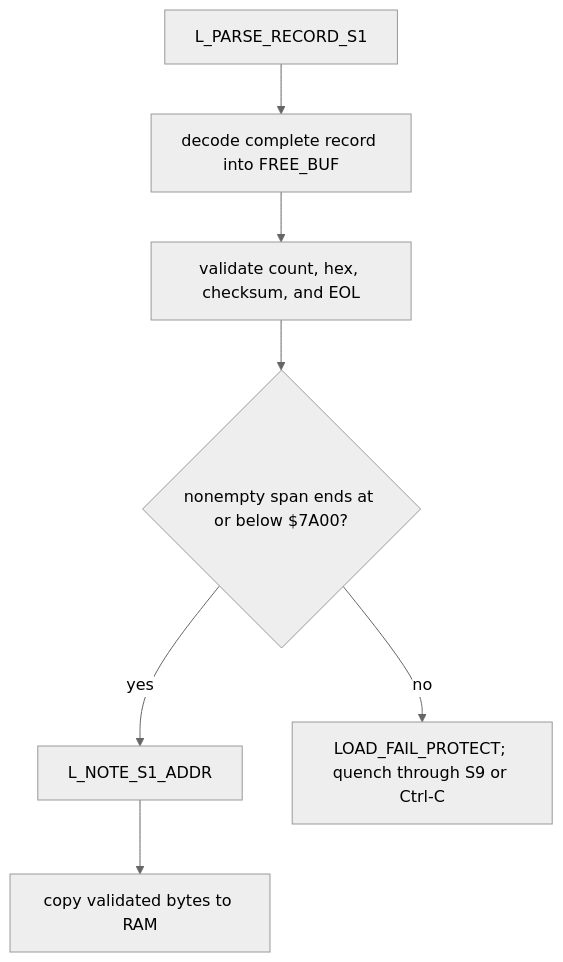
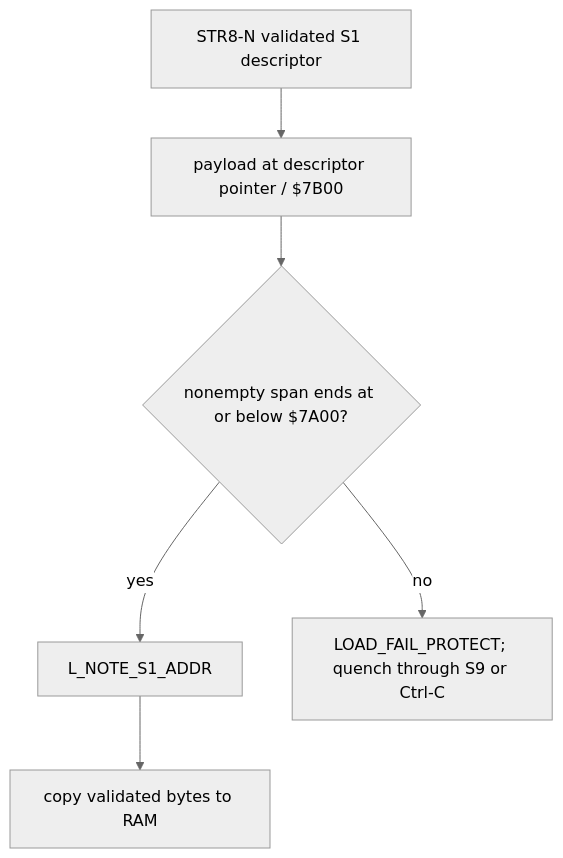
Before and after one commit to 95westus/R-YORS: diagram 12 of 19 in DOC/GUIDES/HIMON/HIMON_MAP.md, drawn with Mermaid (neutral theme). The commit also changed other lines of this file and 94 other files, not shown here.

Commit message:
Adopt STR8-N record parser in HIMON

````diff
--- a/DOC/GUIDES/HIMON/HIMON_MAP.md
+++ b/DOC/GUIDES/HIMON/HIMON_MAP.md
@@ -235,9 +240,8 @@
 ```mermaid
 flowchart TD
-    S1[L_PARSE_RECORD_S1] --> DECODE[decode complete record into FREE_BUF]
-    DECODE --> CHECK[validate count, hex, checksum, and EOL]
-    CHECK --> SPAN{nonempty span ends at or below $7A00?}
+    S1[STR8-N validated S1 descriptor] --> DECODE[payload at descriptor pointer / $7B00]
+    DECODE --> SPAN{nonempty span ends at or below $7A00?}
     SPAN -->|yes| NOTE[L_NOTE_S1_ADDR]
     NOTE --> RAMWRITE[copy validated bytes to RAM]
     SPAN -->|no| RAMPROTECT[LOAD_FAIL_PROTECT; quench through S9 or Ctrl-C]
 ```
````
